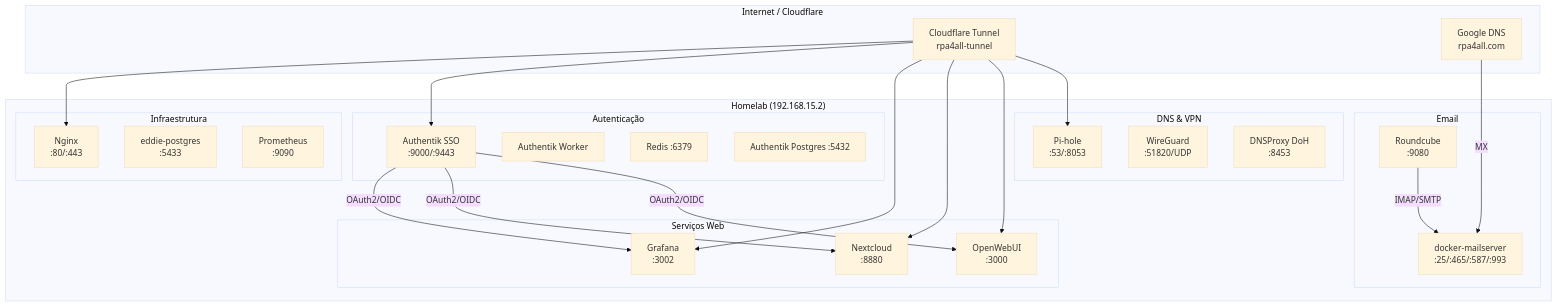
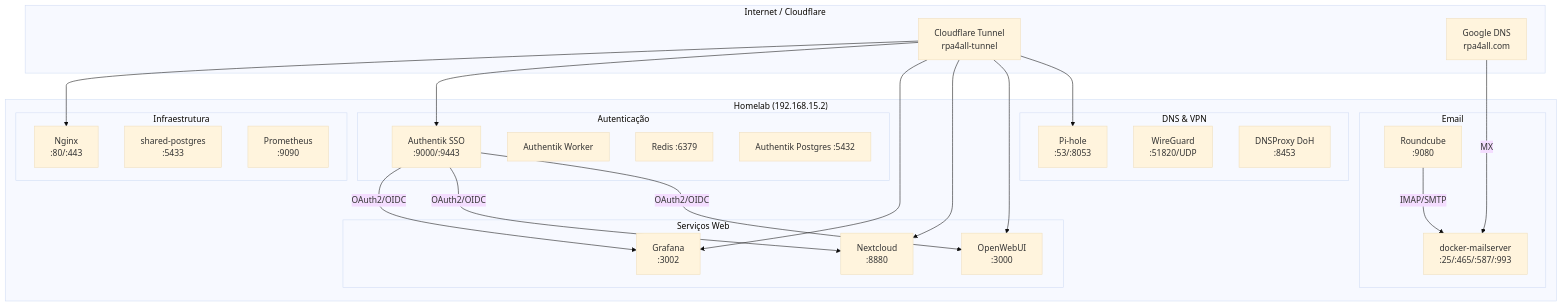
Before and after one commit to eddiejdi/eddie-auto-dev: the diagram in docs/AUTHENTIK_SSO_WIREGUARD_SETUP.md, drawn with Mermaid (base theme). The commit also changed other lines of this file and 3791 other files, not shown here.

````diff
--- a/docs/AUTHENTIK_SSO_WIREGUARD_SETUP.md
+++ b/docs/AUTHENTIK_SSO_WIREGUARD_SETUP.md
@@ -11,53 +11,53 @@
 ```mermaid
 graph TB
     subgraph "Internet / Cloudflare"
         CF["Cloudflare Tunnel<br/>rpa4all-tunnel"]
         DNS["Google DNS<br/>rpa4all.com"]
     end
 
     subgraph "Homelab (192.168.15.2)"
         subgraph "Autenticação"
             AK["Authentik SSO<br/>:9000/:9443"]
             AKW["Authentik Worker"]
             AKR["Redis :6379"]
             AKP["Authentik Postgres :5432"]
         end
 
         subgraph "Serviços Web"
             GF["Grafana<br/>:3002"]
             NC["Nextcloud<br/>:8880"]
             OW["OpenWebUI<br/>:3000"]
         end
 
         subgraph "Email"
             MS["docker-mailserver<br/>:25/:465/:587/:993"]
             RC["Roundcube<br/>:9080"]
         end
 
         subgraph "DNS & VPN"
             PH["Pi-hole<br/>:53/:8053"]
             WG["WireGuard<br/>:51820/UDP"]
             DP["DNSProxy DoH<br/>:8453"]
         end
 
         subgraph "Infraestrutura"
             NG["Nginx<br/>:80/:443"]
-            EP["eddie-postgres<br/>:5433"]
+            EP["shared-postgres<br/>:5433"]
             PR["Prometheus<br/>:9090"]
         end
     end
 
     CF --> NG
     CF --> AK
     CF --> GF
     CF --> NC
     CF --> OW
     CF --> PH
 
     AK -->|OAuth2/OIDC| GF
     AK -->|OAuth2/OIDC| NC
     AK -->|OAuth2/OIDC| OW
 
     RC -->|IMAP/SMTP| MS
     DNS -->|MX| MS
 ```
````
